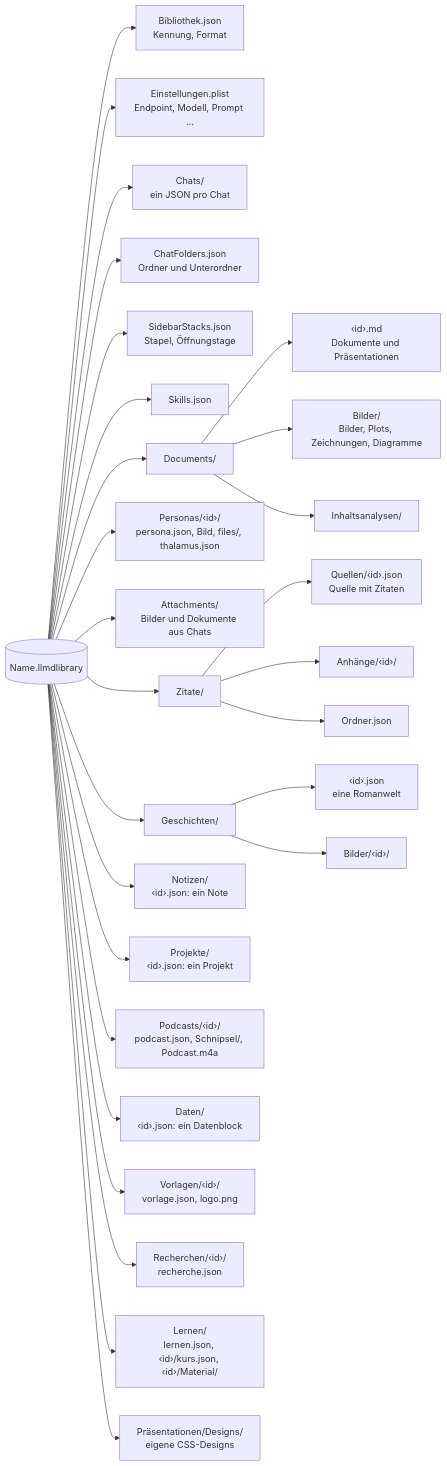
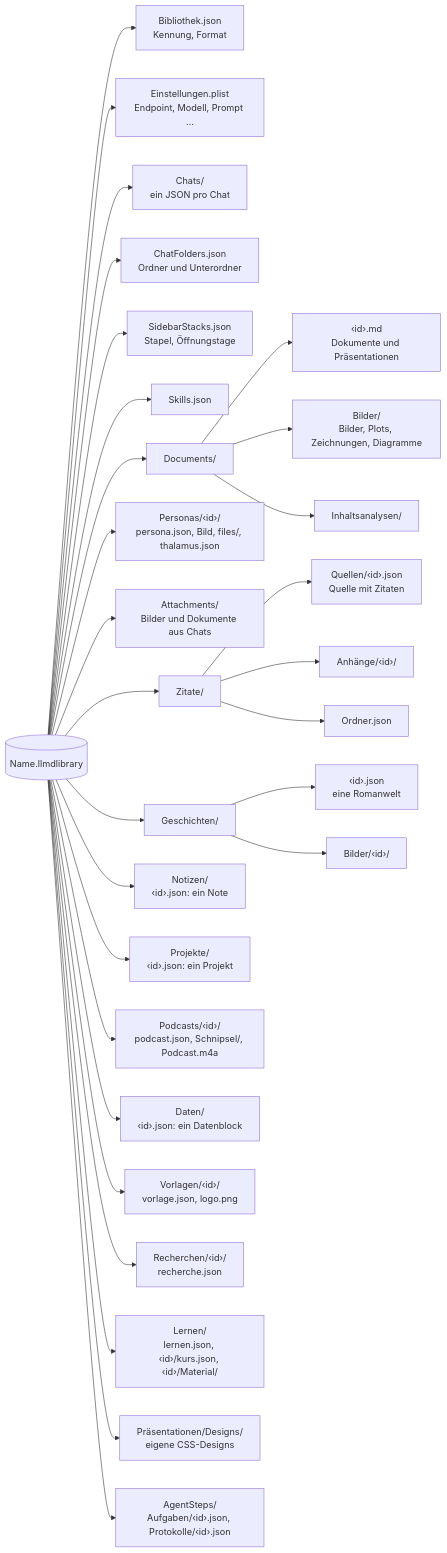
One commit to AlexEhrenberger/LLMDesigner changed the diagram in docs/speicherformate.md. Above: the diagram before and after it, drawn with Mermaid. The commit also changed other lines of this file and 41 other files, not shown here.

First line of the commit message:
AgentSteps: Agenten mit Dashboard, Zeitplänen und Branch je Lauf

````diff
--- a/docs/speicherformate.md
+++ b/docs/speicherformate.md
@@ -14,30 +14,31 @@
 ```mermaid
 flowchart LR
     L[("Name.llmdlibrary")] --> B["Bibliothek.json<br/>Kennung, Format"]
     L --> E["Einstellungen.plist<br/>Endpoint, Modell, Prompt …"]
     L --> CH["Chats/<br/>ein JSON pro Chat"]
     L --> CF["ChatFolders.json<br/>Ordner und Unterordner"]
     L --> ST["SidebarStacks.json<br/>Stapel, Öffnungstage"]
     L --> SK["Skills.json"]
     L --> D["Documents/"]
     D --> DM["‹id›.md<br/>Dokumente und Präsentationen"]
     D --> BI["Bilder/<br/>Bilder, Plots, Zeichnungen, Diagramme"]
     D --> IA["Inhaltsanalysen/"]
     L --> PE["Personas/‹id›/<br/>persona.json, Bild, files/, thalamus.json"]
     L --> AT["Attachments/<br/>Bilder und Dokumente aus Chats"]
     L --> Z["Zitate/"]
     Z --> ZQ["Quellen/‹id›.json<br/>Quelle mit Zitaten"]
     Z --> ZA["Anhänge/‹id›/"]
     Z --> ZO["Ordner.json"]
     L --> G["Geschichten/"]
     G --> GW["‹id›.json<br/>eine Romanwelt"]
     G --> GB["Bilder/‹id›/"]
     L --> N["Notizen/<br/>‹id›.json: ein Note"]
     L --> PJ["Projekte/<br/>‹id›.json: ein Projekt"]
     L --> PO["Podcasts/‹id›/<br/>podcast.json, Schnipsel/, Podcast.m4a"]
     L --> DA["Daten/<br/>‹id›.json: ein Datenblock"]
     L --> VO["Vorlagen/‹id›/<br/>vorlage.json, logo.png"]
     L --> RE["Recherchen/‹id›/<br/>recherche.json"]
     L --> LE["Lernen/<br/>lernen.json, ‹id›/kurs.json, ‹id›/Material/"]
     L --> PD["Präsentationen/Designs/<br/>eigene CSS-Designs"]
+    L --> AG["AgentSteps/<br/>Aufgaben/‹id›.json, Protokolle/‹id›.json"]
 ```
````
